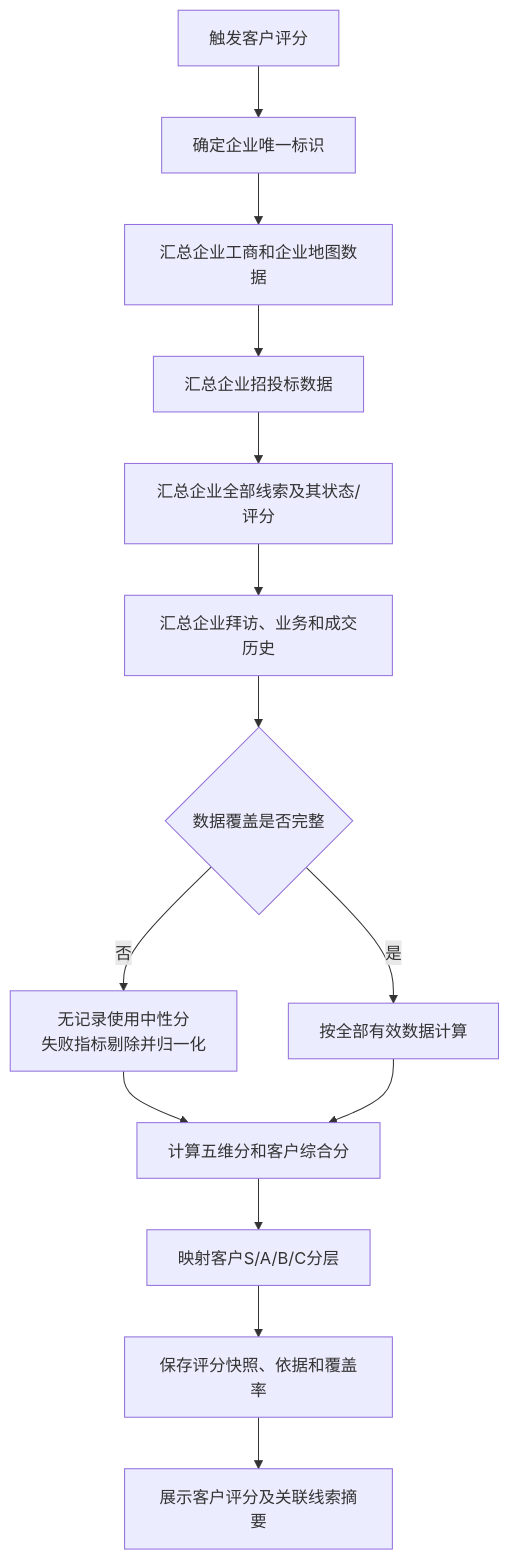
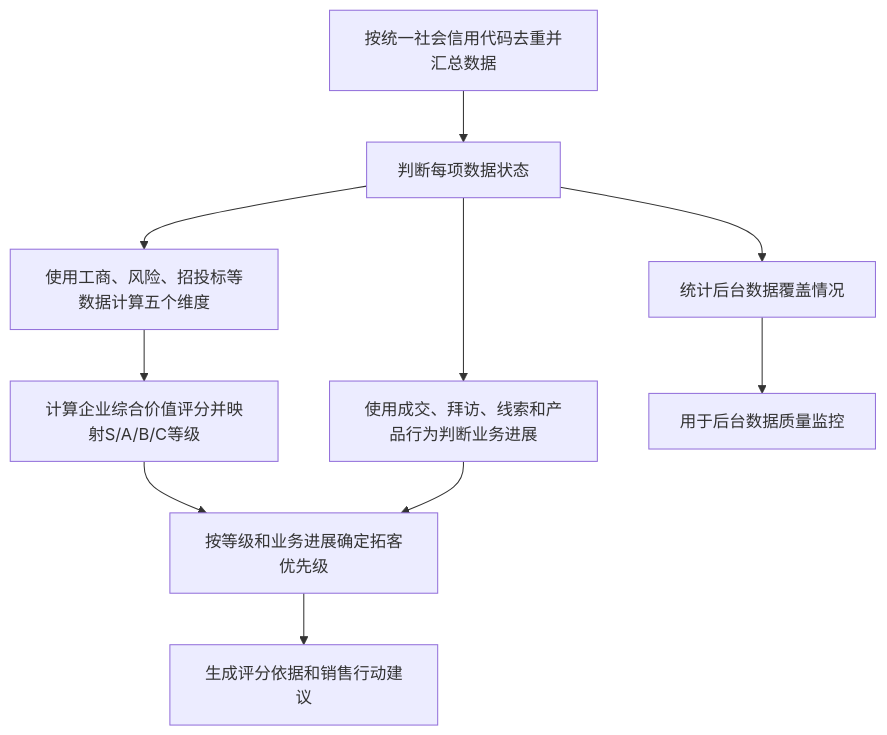
The diagram in 02-需求文档/客户评分升级_PRD草稿.md (lj19960311-tech/CRM-AI), drawn with Mermaid before and after one commit. The commit also changed other lines of this file and 1 other file, not shown here.

````diff
--- a/02-需求文档/客户评分升级_PRD草稿.md
+++ b/02-需求文档/客户评分升级_PRD草稿.md
@@ -25,16 +54,12 @@
 ```mermaid
 flowchart TD
-    A[触发客户评分] --> B[确定企业唯一标识]
-    B --> C[汇总企业工商和企业地图数据]
-    C --> D[汇总企业招投标数据]
-    D --> E[汇总企业全部线索及其状态/评分]
-    E --> F[汇总企业拜访、业务和成交历史]
-    F --> G{数据覆盖是否完整}
-    G -- 否 --> H[无记录使用中性分<br/>失败指标剔除并归一化]
-    G -- 是 --> I[按全部有效数据计算]
-    H --> J[计算五维分和客户综合分]
-    I --> J
-    J --> K[映射客户S/A/B/C分层]
-    K --> L[保存评分快照、依据和覆盖率]
-    L --> M[展示客户评分及关联线索摘要]
+    A[按统一社会信用代码去重并汇总数据] --> B[判断每项数据状态]
+    B --> C[使用工商、风险、招投标等数据计算五个维度]
+    C --> D[计算企业综合价值评分并映射S/A/B/C等级]
+    B --> E[使用成交、拜访、线索和产品行为判断业务进展]
+    B --> F[统计后台数据覆盖情况]
+    D --> G[按等级和业务进展确定拓客优先级]
+    E --> G
+    F --> I[用于后台数据质量监控]
+    G --> H[生成评分依据和销售行动建议]
 ```
````
